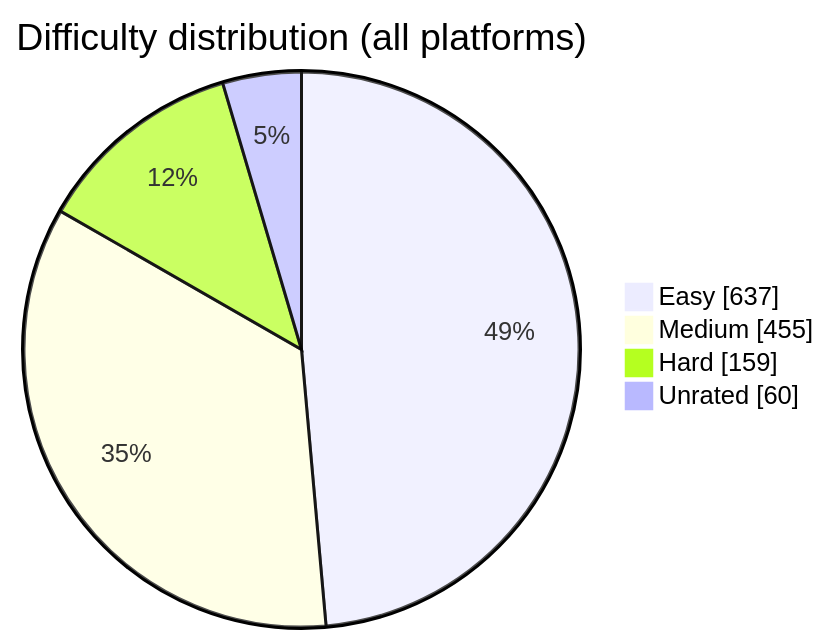
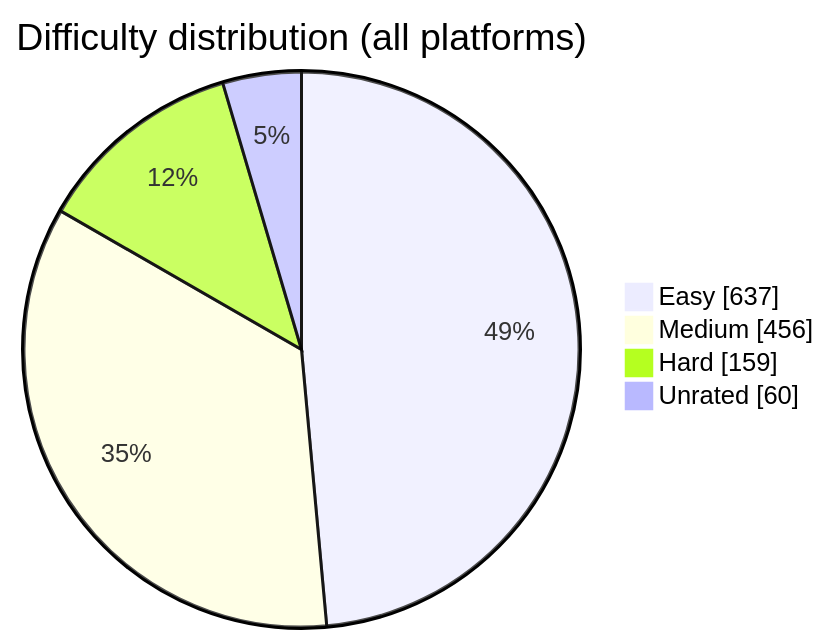
The diagram in README.md (BuildbyArindam/Daily-Coding-Log), drawn with Mermaid before and after one commit. The commit also changed other lines of this file, not shown here.

````diff
--- a/README.md
+++ b/README.md
@@ -93,7 +93,7 @@
 ```mermaid
 pie showData title Difficulty distribution (all platforms)
     "Easy" : 637
-    "Medium" : 455
+    "Medium" : 456
     "Hard" : 159
     "Unrated" : 60
 ```
````
